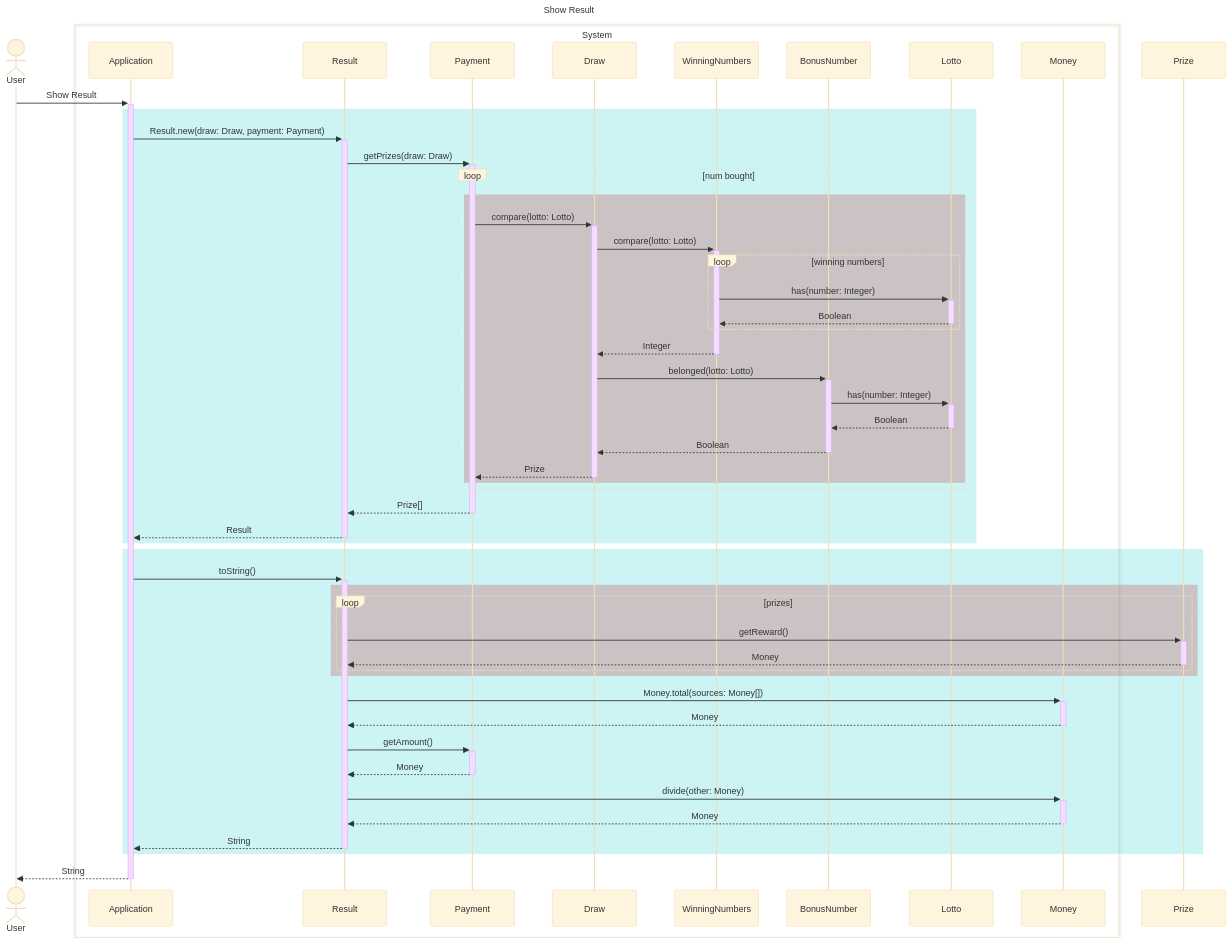
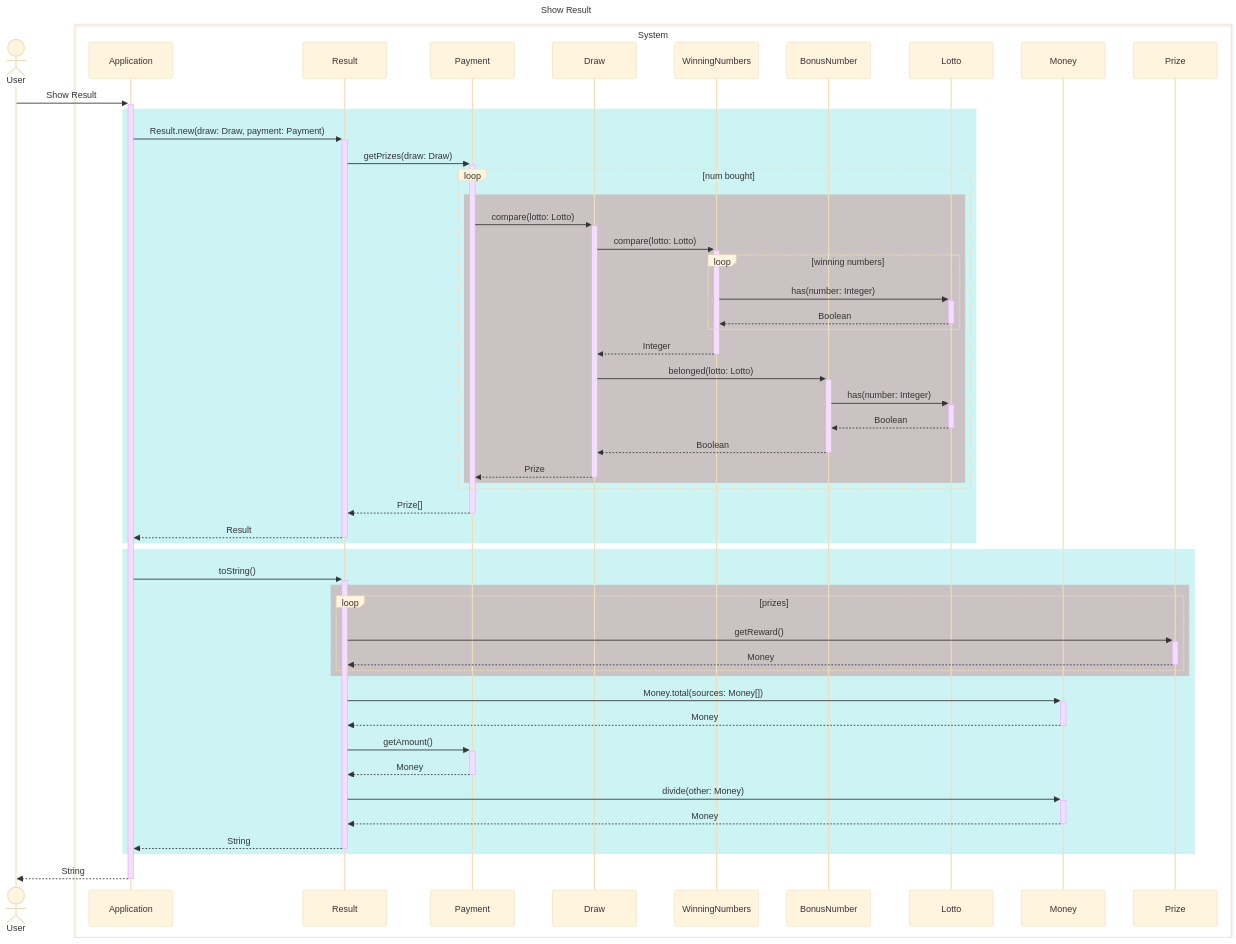
The fifth of 6 diagrams in docs/README.md (gdsc-konkuk/23-24_study_2nd_java-lotto-6), drawn with Mermaid (base theme) before and after one commit. The commit also changed other lines of this file and 2 other files, not shown here.

````diff
--- a/docs/README.md
+++ b/docs/README.md
@@ -244,65 +245,66 @@
 ```mermaid
 ---
 title: Show Result
 ---
 sequenceDiagram
     actor User
     box System
         participant Application
         participant Result
         participant Payment
         participant Draw
         participant WinningNumbers
         participant BonusNumber
         participant Lotto
         participant Money
+        participant Prize
     end
 
     User ->>+ Application: Show Result
     rect rgb(0, 200, 200, 0.2)
         Application ->>+ Result: Result.new(draw: Draw, payment: Payment)
         Result ->>+ Payment: getPrizes(draw: Draw)
 
         loop num bought
             rect rgb(200, 0, 0, 0.2)
                 Payment ->>+ Draw: compare(lotto: Lotto)
                 Draw ->>+ WinningNumbers: compare(lotto: Lotto)
 
                 loop winning numbers
                     WinningNumbers ->>+ Lotto: has(number: Integer)
                     Lotto -->>- WinningNumbers: Boolean
                 end
 
                 WinningNumbers -->>- Draw: Integer
                 Draw ->>+ BonusNumber: belonged(lotto: Lotto)
                 BonusNumber ->>+ Lotto: has(number: Integer)
                 Lotto -->>- BonusNumber: Boolean
                 BonusNumber -->>- Draw: Boolean
                 Draw -->>- Payment: Prize
             end
         end
 
         Payment -->>- Result: Prize[]
         Result -->>- Application: Result
     end
 
     rect rgb(0, 200, 200, 0.2)
         Application ->>+ Result: toString()
 
         rect rgb(200, 0, 0, 0.2)
             loop prizes
                 Result ->>+ Prize: getReward()
                 Prize -->>- Result: Money
             end
         end
         Result ->>+ Money: Money.total(sources: Money[])
         Money -->>- Result: Money
         Result ->>+ Payment: getAmount()
         Payment -->>- Result: Money
         Result ->>+ Money: divide(other: Money)
         Money -->>- Result: Money
         Result -->>- Application: String
     end
 
     Application -->>- User: String
 ```
````
